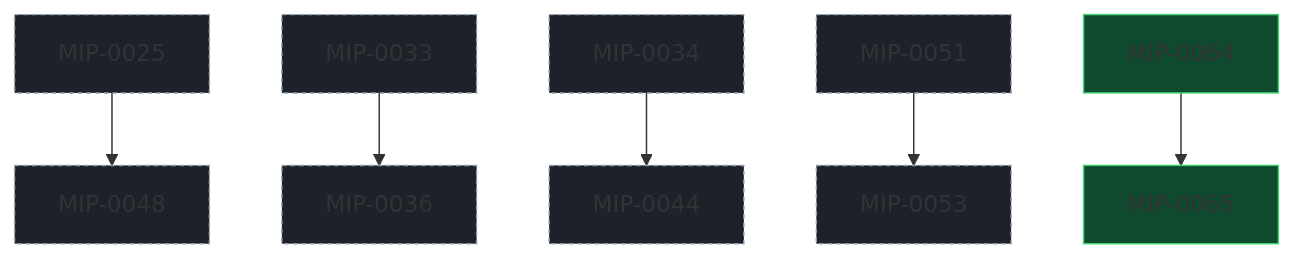
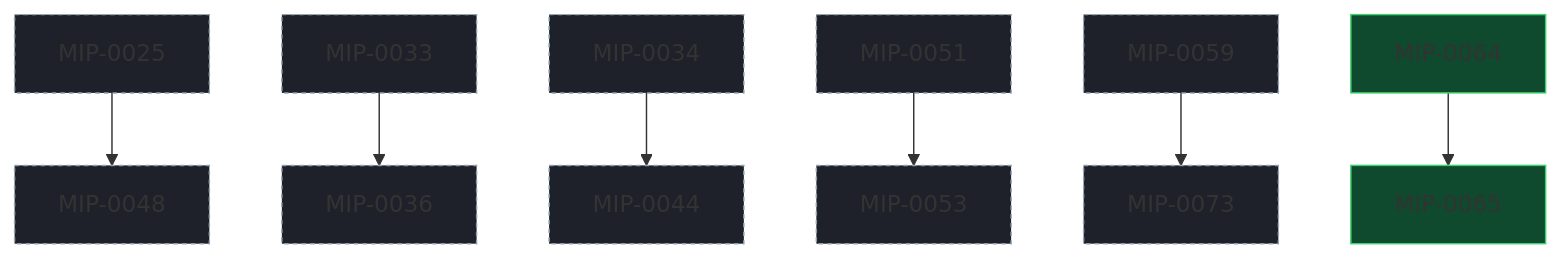
The diagram in docs/MIPs/README.md (marola-dev/marola), drawn with Mermaid before and after one commit. The commit also changed other lines of this file and 2 other files, not shown here.

````diff
--- a/docs/MIPs/README.md
+++ b/docs/MIPs/README.md
@@ -90,22 +91,25 @@
 ```mermaid
 flowchart TD
   classDef draft fill:#1e2129,stroke:#8fa3b0,stroke-dasharray:3 3;
   classDef accepted fill:#0b4261,stroke:#1ac5da;
   classDef implemented fill:#0f4a2e,stroke:#3ecf6e;
   classDef rejected fill:#2a2d35,stroke:#666,color:#999;
   M0025["MIP-0025"]:::draft
   M0033["MIP-0033"]:::draft
   M0034["MIP-0034"]:::draft
   M0036["MIP-0036"]:::draft
   M0044["MIP-0044"]:::draft
   M0048["MIP-0048"]:::draft
   M0051["MIP-0051"]:::draft
   M0053["MIP-0053"]:::draft
+  M0059["MIP-0059"]:::draft
   M0064["MIP-0064"]:::implemented
   M0065["MIP-0065"]:::implemented
+  M0073["MIP-0073"]:::draft
   M0025 --> M0048
   M0033 --> M0036
   M0034 --> M0044
   M0051 --> M0053
+  M0059 --> M0073
   M0064 --> M0065
 ```
````
